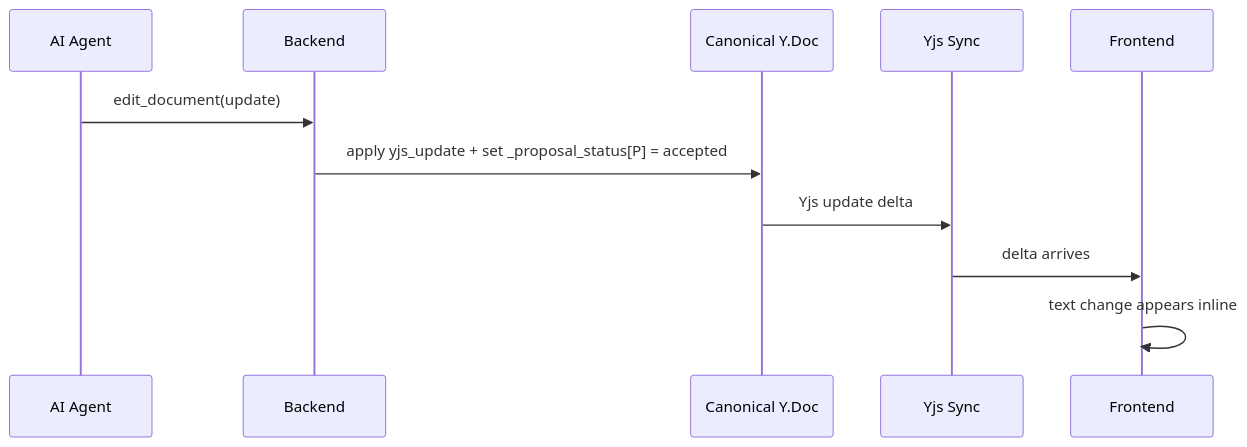
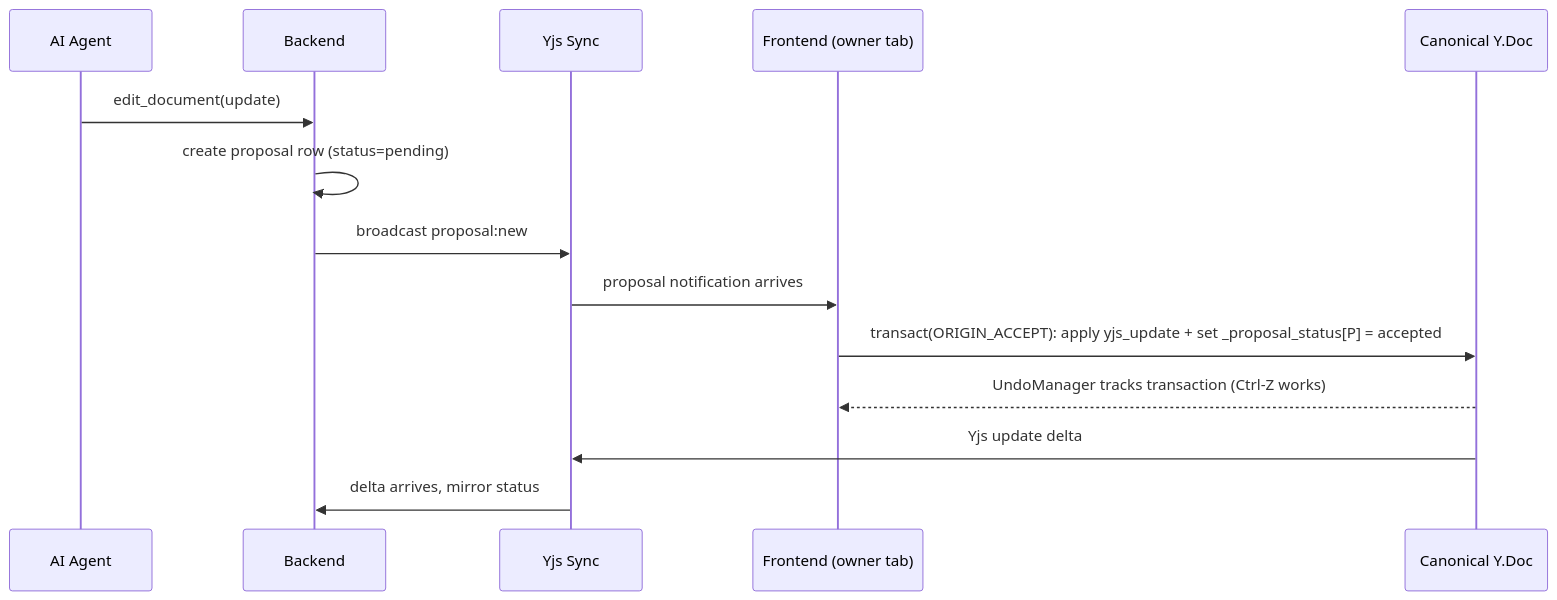
One commit to haowjy/meridian-flow changed the second of 2 diagrams in .meridian/work/collab-data-model-v2/spec/local-first-authority.md. Above: the diagram before and after it, drawn with Mermaid. The commit also changed other lines of this file and 10 other files, not shown here.

````diff
--- a/.meridian/work/collab-data-model-v2/spec/local-first-authority.md
+++ b/.meridian/work/collab-data-model-v2/spec/local-first-authority.md
@@ -35,14 +35,17 @@
 ```mermaid
 sequenceDiagram
     participant AI as AI Agent
     participant BE as Backend
+    participant Sync as Yjs Sync
+    participant FE as Frontend (owner tab)
     participant YDoc as Canonical Y.Doc
-    participant Sync as Yjs Sync
-    participant FE as Frontend
 
     AI->>BE: edit_document(update)
-    BE->>YDoc: apply yjs_update + set _proposal_status[P] = accepted
+    BE->>BE: create proposal row (status=pending)
+    BE->>Sync: broadcast proposal:new
+    Sync->>FE: proposal notification arrives
+    FE->>YDoc: transact(ORIGIN_ACCEPT): apply yjs_update + set _proposal_status[P] = accepted
+    YDoc-->>FE: UndoManager tracks transaction (Ctrl-Z works)
     YDoc->>Sync: Yjs update delta
-    Sync->>FE: delta arrives
-    FE->>FE: text change appears inline
+    Sync->>BE: delta arrives, mirror status
 ```
````
